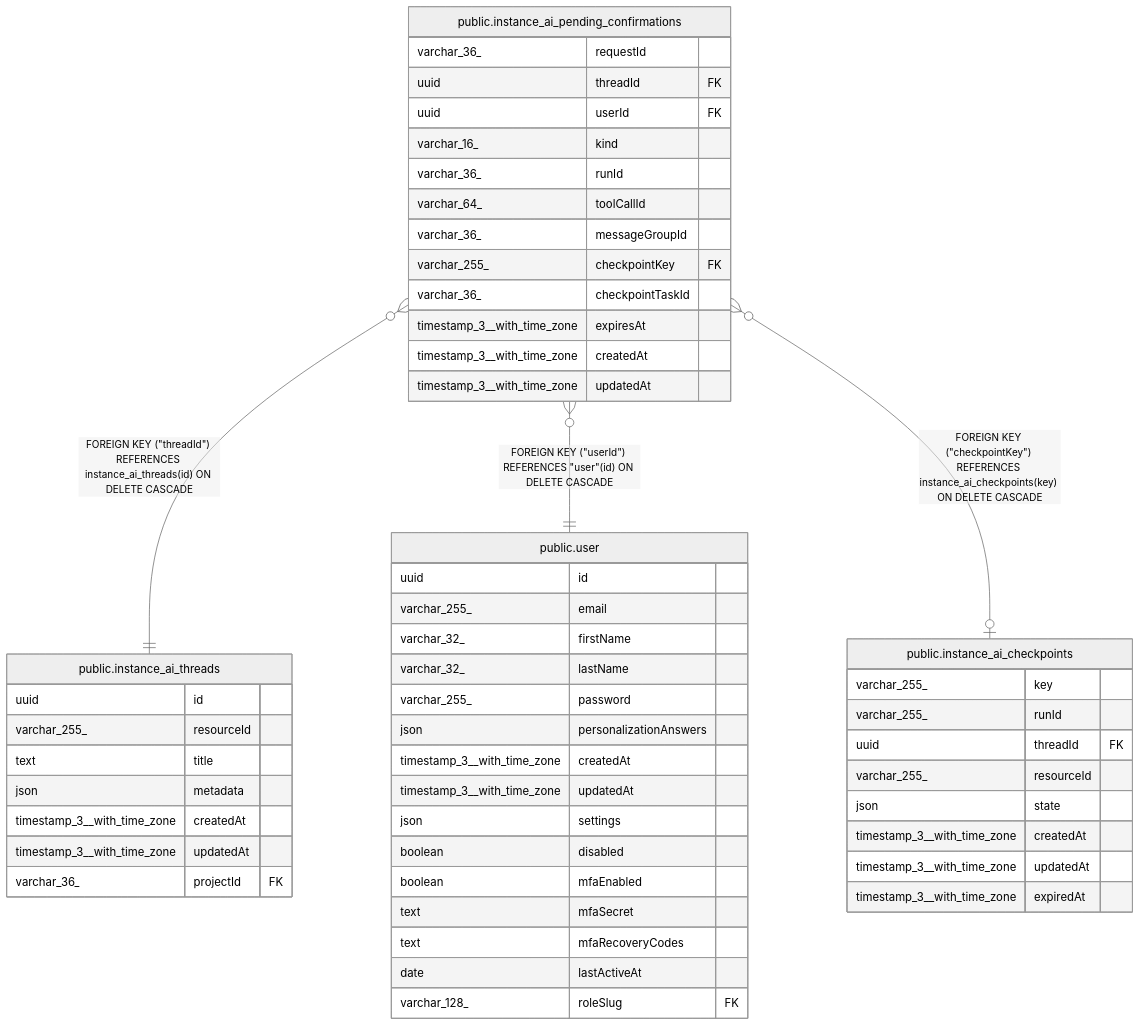
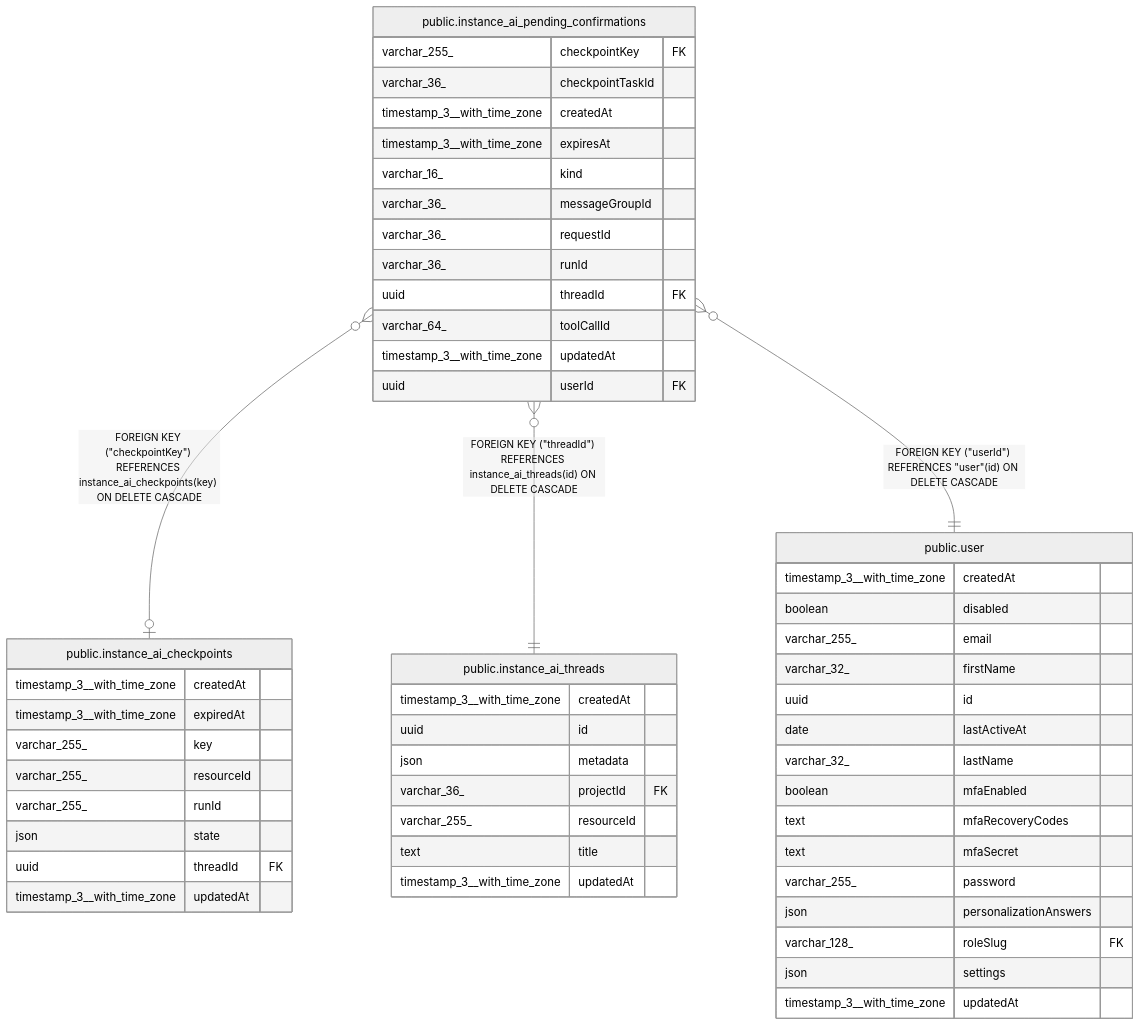
The diagram in docs/generated/postgres-schema/public.instance_ai_pending_confirmations.md (mayankjain1815-commits/n8n), drawn with Mermaid (neutral theme) before and after one commit. The commit also changed other lines of this file and 221 other files, not shown here.

Commit message:
chore(core): Make DB schema docs generation deterministic (#32373)

````diff
--- a/docs/generated/postgres-schema/public.instance_ai_pending_confirmations.md
+++ b/docs/generated/postgres-schema/public.instance_ai_pending_confirmations.md
@@ -49,58 +49,58 @@
 ```mermaid
 erDiagram
 
+"public.instance_ai_pending_confirmations" }o--o| "public.instance_ai_checkpoints" : "FOREIGN KEY (#quot;checkpointKey#quot;) REFERENCES instance_ai_checkpoints(key) ON DELETE CASCADE"
 "public.instance_ai_pending_confirmations" }o--|| "public.instance_ai_threads" : "FOREIGN KEY (#quot;threadId#quot;) REFERENCES instance_ai_threads(id) ON DELETE CASCADE"
 "public.instance_ai_pending_confirmations" }o--|| "public.user" : "FOREIGN KEY (#quot;userId#quot;) REFERENCES #quot;user#quot;(id) ON DELETE CASCADE"
-"public.instance_ai_pending_confirmations" }o--o| "public.instance_ai_checkpoints" : "FOREIGN KEY (#quot;checkpointKey#quot;) REFERENCES instance_ai_checkpoints(key) ON DELETE CASCADE"
 
 "public.instance_ai_pending_confirmations" {
-  varchar_36_ requestId
-  uuid threadId FK
-  uuid userId FK
-  varchar_16_ kind
-  varchar_36_ runId
-  varchar_64_ toolCallId
-  varchar_36_ messageGroupId
   varchar_255_ checkpointKey FK
   varchar_36_ checkpointTaskId
+  timestamp_3__with_time_zone createdAt
   timestamp_3__with_time_zone expiresAt
+  varchar_16_ kind
+  varchar_36_ messageGroupId
+  varchar_36_ requestId
+  varchar_36_ runId
+  uuid threadId FK
+  varchar_64_ toolCallId
+  timestamp_3__with_time_zone updatedAt
+  uuid userId FK
+}
+"public.instance_ai_checkpoints" {
   timestamp_3__with_time_zone createdAt
+  timestamp_3__with_time_zone expiredAt
+  varchar_255_ key
+  varchar_255_ resourceId
+  varchar_255_ runId
+  json state
+  uuid threadId FK
   timestamp_3__with_time_zone updatedAt
 }
 "public.instance_ai_threads" {
+  timestamp_3__with_time_zone createdAt
   uuid id
+  json metadata
+  varchar_36_ projectId FK
   varchar_255_ resourceId
   text title
-  json metadata
-  timestamp_3__with_time_zone createdAt
   timestamp_3__with_time_zone updatedAt
-  varchar_36_ projectId FK
 }
 "public.user" {
-  uuid id
+  timestamp_3__with_time_zone createdAt
+  boolean disabled
   varchar_255_ email
   varchar_32_ firstName
+  uuid id
+  date lastActiveAt
   varchar_32_ lastName
+  boolean mfaEnabled
+  text mfaRecoveryCodes
+  text mfaSecret
   varchar_255_ password
   json personalizationAnswers
-  timestamp_3__with_time_zone createdAt
+  varchar_128_ roleSlug FK
+  json settings
   timestamp_3__with_time_zone updatedAt
-  json settings
-  boolean disabled
-  boolean mfaEnabled
-  text mfaSecret
-  text mfaRecoveryCodes
-  date lastActiveAt
-  varchar_128_ roleSlug FK
-}
-"public.instance_ai_checkpoints" {
-  varchar_255_ key
-  varchar_255_ runId
-  uuid threadId FK
-  varchar_255_ resourceId
-  json state
-  timestamp_3__with_time_zone createdAt
-  timestamp_3__with_time_zone updatedAt
-  timestamp_3__with_time_zone expiredAt
 }
 ```
````
